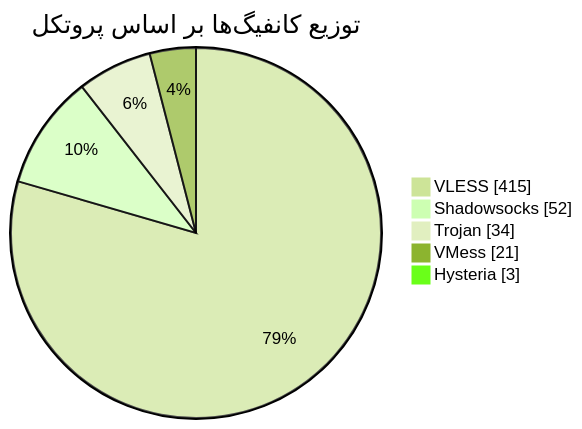
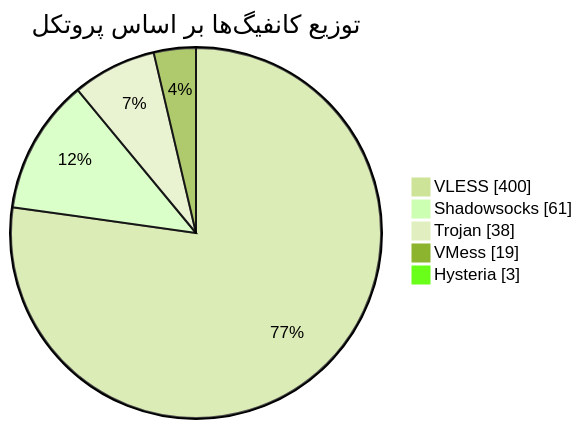
The diagram in README.md (Arian-Alijani/Somthing), drawn with Mermaid (forest theme) before and after one commit. The commit also changed other lines of this file and 89 other files, not shown here.

````diff
--- a/README.md
+++ b/README.md
@@ -47,9 +47,9 @@
 ```mermaid
 pie showData
     title توزیع کانفیگ‌ها بر اساس پروتکل
-    "VLESS" : 415
-    "Shadowsocks" : 52
-    "Trojan" : 34
-    "VMess" : 21
+    "VLESS" : 400
+    "Shadowsocks" : 61
+    "Trojan" : 38
+    "VMess" : 19
     "Hysteria" : 3
 ```
````
